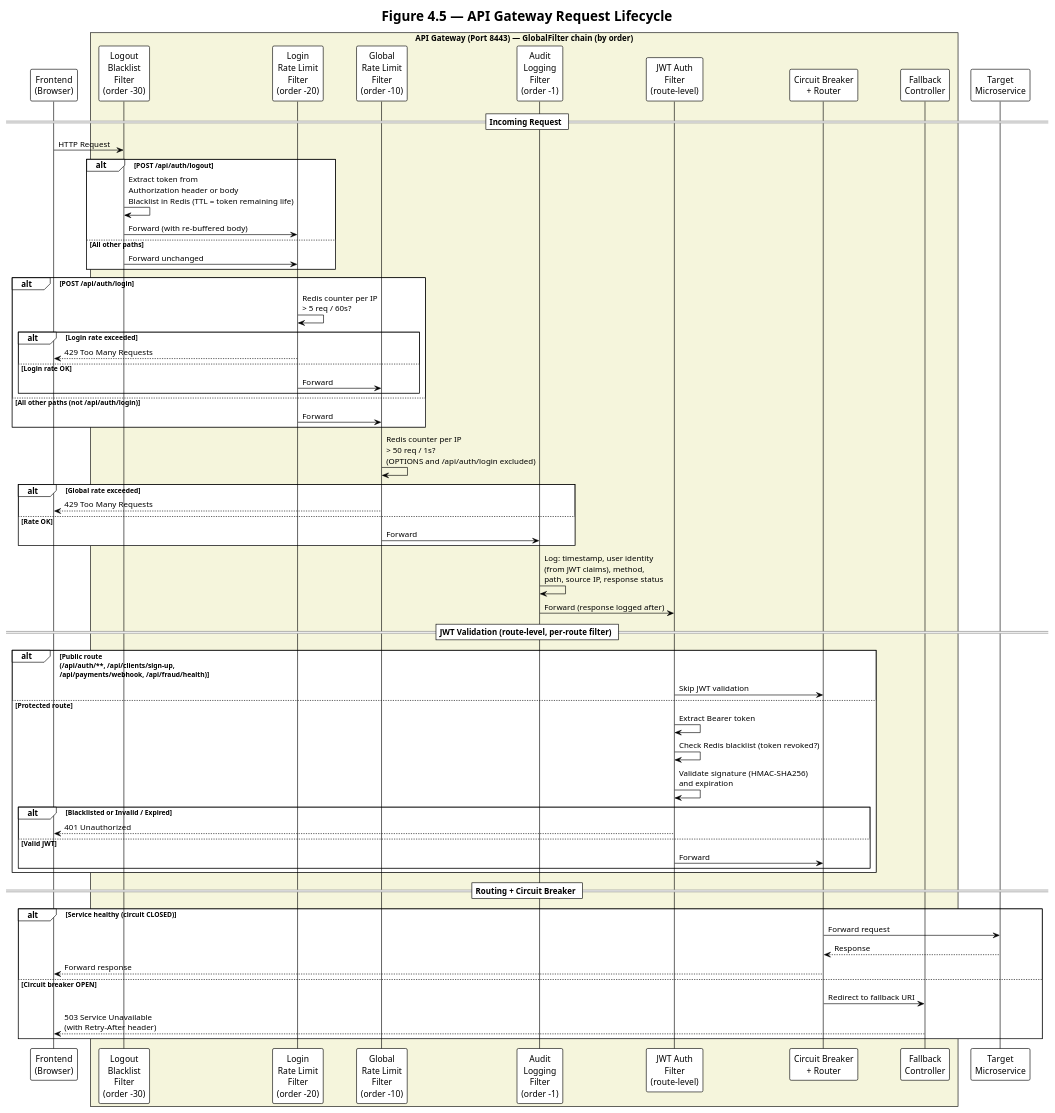
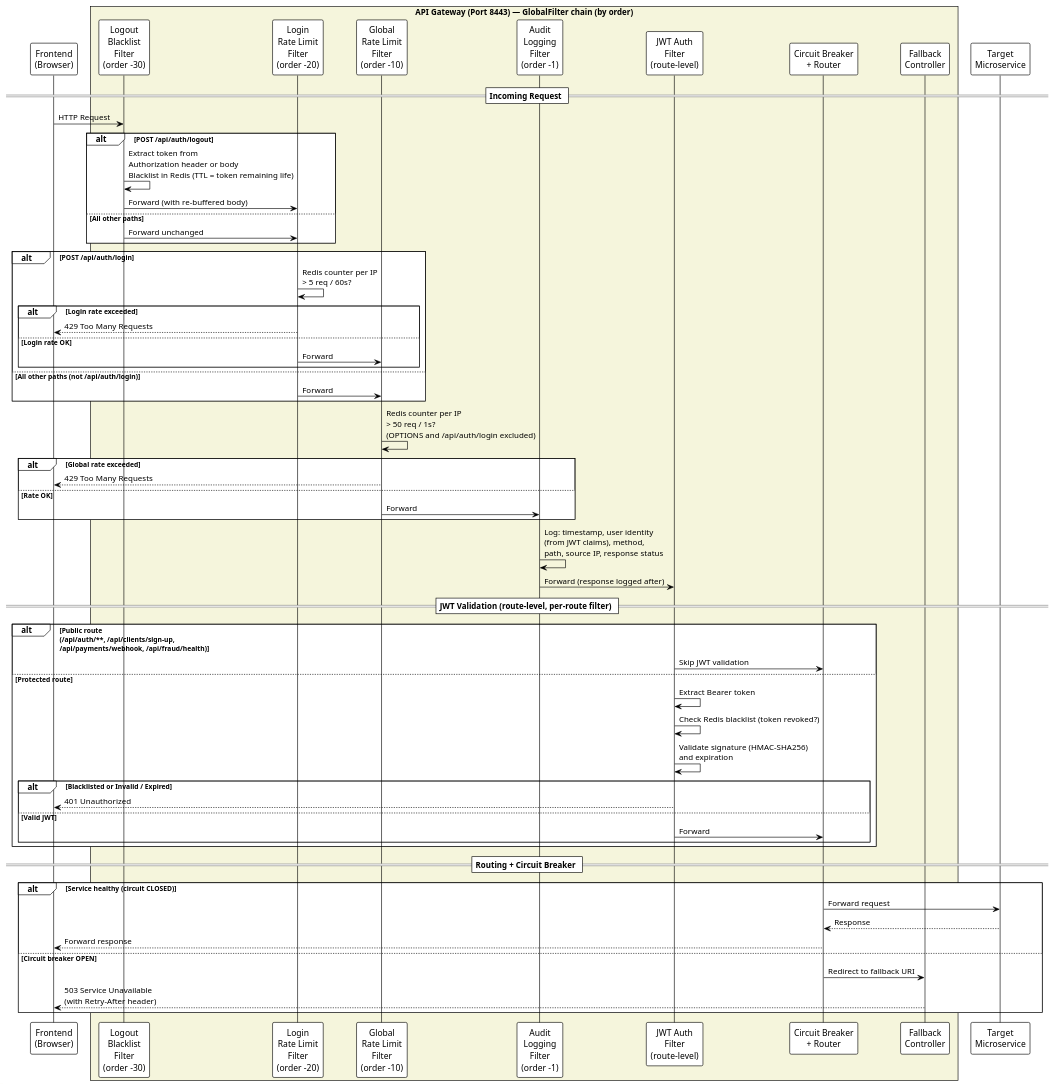
One commit to TurcanuTeodor/Online-Internet-Banking changed the diagram in docs/architecture/appendix/api-gateway-request-lifecycle.puml. Above: the diagram before and after it, drawn with PlantUML. The commit also changed 6 other files, not shown here.

```diff
--- a/docs/architecture/appendix/api-gateway-request-lifecycle.puml
+++ b/docs/architecture/appendix/api-gateway-request-lifecycle.puml
@@ -1,77 +1,76 @@
 @startuml Gateway_Request_Flow
 !theme plain
 skinparam backgroundColor white
 skinparam defaultFontName "Segoe UI"
 
-title Figure 4.5 — API Gateway Request Lifecycle
-
+ 
 participant "Frontend\n(Browser)" as CLIENT
 box "API Gateway (Port 8443) — GlobalFilter chain (by order)" #F5F5DC
   participant "Logout\nBlacklist\nFilter\n(order -30)" as LOGOUT
   participant "Login\nRate Limit\nFilter\n(order -20)" as LOGINRATE
   participant "Global\nRate Limit\nFilter\n(order -10)" as RATE
   participant "Audit\nLogging\nFilter\n(order -1)" as AUDIT
   participant "JWT Auth\nFilter\n(route-level)" as JWT
   participant "Circuit Breaker\n+ Router" as ROUTE
   participant "Fallback\nController" as FALLBACK
 end box
 participant "Target\nMicroservice" as SERVICE
 
 == Incoming Request ==
 CLIENT -> LOGOUT : HTTP Request
 
 alt POST /api/auth/logout
   LOGOUT -> LOGOUT : Extract token from\nAuthorization header or body\nBlacklist in Redis (TTL = token remaining life)
   LOGOUT -> LOGINRATE : Forward (with re-buffered body)
 else All other paths
   LOGOUT -> LOGINRATE : Forward unchanged
 end
 
 alt POST /api/auth/login
   LOGINRATE -> LOGINRATE : Redis counter per IP\n> 5 req / 60s?
   alt Login rate exceeded
     LOGINRATE --> CLIENT : 429 Too Many Requests
   else Login rate OK
     LOGINRATE -> RATE : Forward
   end
 else All other paths (not /api/auth/login)
   LOGINRATE -> RATE : Forward
 end
 
 RATE -> RATE : Redis counter per IP\n> 50 req / 1s?\n(OPTIONS and /api/auth/login excluded)
 
 alt Global rate exceeded
   RATE --> CLIENT : 429 Too Many Requests
 else Rate OK
   RATE -> AUDIT : Forward
 end
 
 AUDIT -> AUDIT : Log: timestamp, user identity\n(from JWT claims), method,\npath, source IP, response status
 AUDIT -> JWT : Forward (response logged after)
 
 == JWT Validation (route-level, per-route filter) ==
 alt Public route\n(/api/auth/**, /api/clients/sign-up,\n/api/payments/webhook, /api/fraud/health)
   JWT -> ROUTE : Skip JWT validation
 else Protected route
   JWT -> JWT : Extract Bearer token
   JWT -> JWT : Check Redis blacklist (token revoked?)
   JWT -> JWT : Validate signature (HMAC-SHA256)\nand expiration
 
   alt Blacklisted or Invalid / Expired
     JWT --> CLIENT : 401 Unauthorized
   else Valid JWT
     JWT -> ROUTE : Forward
   end
 end
 
 == Routing + Circuit Breaker ==
 alt Service healthy (circuit CLOSED)
   ROUTE -> SERVICE : Forward request
   SERVICE --> ROUTE : Response
   ROUTE --> CLIENT : Forward response
 else Circuit breaker OPEN
   ROUTE -> FALLBACK : Redirect to fallback URI
   FALLBACK --> CLIENT : 503 Service Unavailable\n(with Retry-After header)
 end
 
 @enduml
```
